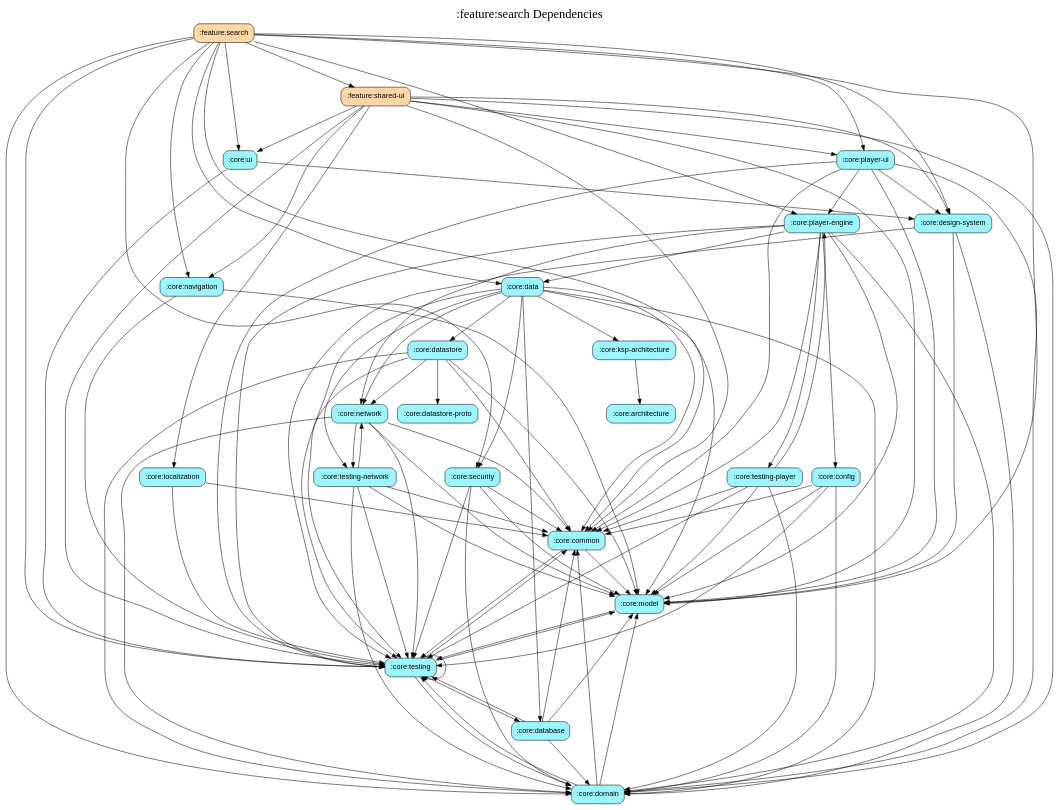
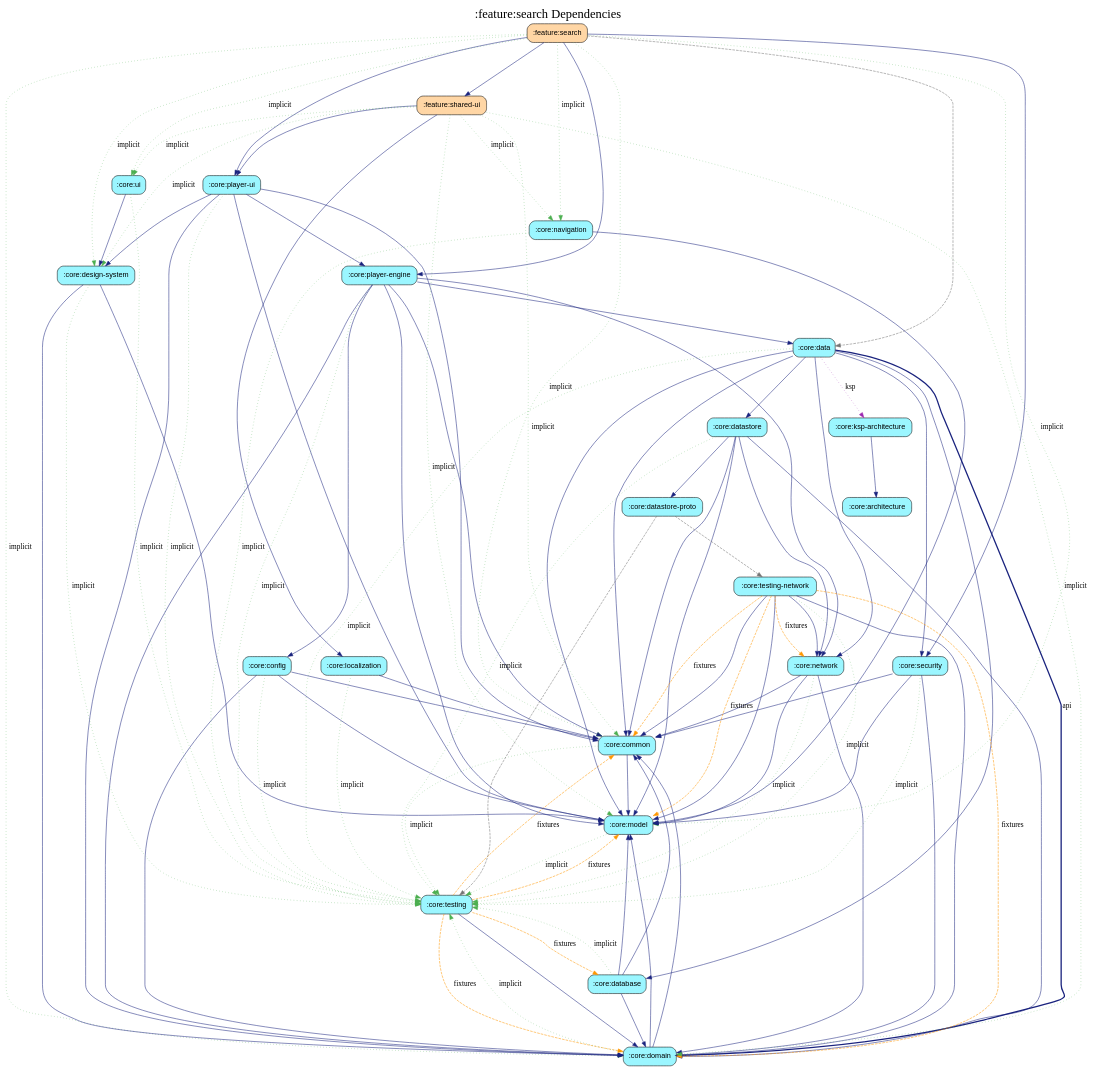
The diagram in feature/search/module_graph.gv (harrykibet/RealEstateApp-Android), drawn with Graphviz before and after one commit. The commit also changed 91 other files, not shown here.

```diff
--- a/feature/search/module_graph.gv
+++ b/feature/search/module_graph.gv
@@ -1,126 +1,121 @@
 digraph {
-  graph [label=":feature:search Dependencies", labelloc=t, fontsize=24, ranksep=1.2];
+  graph [label=":feature:search Dependencies", labelloc=t, fontsize=24, ranksep=1.4];
   node [style=filled, fillcolor="#bbdefb", fontname="sans-serif", shape=box, style="rounded,filled"];
   ":feature:search" [fillcolor="#FFD6A5"];
   ":core:security" [fillcolor="#9BF6FF"];
   ":core:common" [fillcolor="#9BF6FF"];
   ":core:model" [fillcolor="#9BF6FF"];
   ":core:testing" [fillcolor="#9BF6FF"];
   ":core:domain" [fillcolor="#9BF6FF"];
   ":core:database" [fillcolor="#9BF6FF"];
   ":core:player-ui" [fillcolor="#9BF6FF"];
   ":core:player-engine" [fillcolor="#9BF6FF"];
   ":core:data" [fillcolor="#9BF6FF"];
+  ":core:datastore" [fillcolor="#9BF6FF"];
+  ":core:network" [fillcolor="#9BF6FF"];
+  ":core:datastore-proto" [fillcolor="#9BF6FF"];
+  ":core:testing-network" [fillcolor="#9BF6FF"];
   ":core:ksp-architecture" [fillcolor="#9BF6FF"];
   ":core:architecture" [fillcolor="#9BF6FF"];
-  ":core:datastore" [fillcolor="#9BF6FF"];
-  ":core:network" [fillcolor="#9BF6FF"];
-  ":core:testing-network" [fillcolor="#9BF6FF"];
-  ":core:datastore-proto" [fillcolor="#9BF6FF"];
   ":core:config" [fillcolor="#9BF6FF"];
-  ":core:testing-player" [fillcolor="#9BF6FF"];
   ":core:design-system" [fillcolor="#9BF6FF"];
   ":feature:shared-ui" [fillcolor="#FFD6A5"];
   ":core:localization" [fillcolor="#9BF6FF"];
   ":core:ui" [fillcolor="#9BF6FF"];
   ":core:navigation" [fillcolor="#9BF6FF"];
-  ":core:network" -> ":core:common"
-  ":core:network" -> ":core:domain"
-  ":core:network" -> ":core:model"
-  ":core:network" -> ":core:testing-network"
-  ":core:network" -> ":core:testing"
-  ":core:ui" -> ":core:design-system"
-  ":core:ui" -> ":core:testing"
-  ":core:common" -> ":core:model"
-  ":core:common" -> ":core:testing"
-  ":core:navigation" -> ":core:model"
-  ":core:navigation" -> ":core:testing"
-  ":core:localization" -> ":core:common"
-  ":core:localization" -> ":core:testing"
-  ":core:config" -> ":core:model"
-  ":core:config" -> ":core:common"
-  ":core:config" -> ":core:domain"
-  ":core:config" -> ":core:testing"
-  ":core:data" -> ":core:ksp-architecture"
-  ":core:data" -> ":core:model"
-  ":core:data" -> ":core:domain"
-  ":core:data" -> ":core:datastore"
-  ":core:data" -> ":core:common"
-  ":core:data" -> ":core:database"
-  ":core:data" -> ":core:security"
-  ":core:data" -> ":core:network"
-  ":core:data" -> ":core:testing-network"
-  ":core:data" -> ":core:testing"
-  ":core:domain" -> ":core:model"
-  ":core:domain" -> ":core:common"
-  ":core:domain" -> ":core:testing"
-  ":core:model" -> ":core:testing"
-  ":core:database" -> ":core:model"
-  ":core:database" -> ":core:domain"
-  ":core:database" -> ":core:common"
-  ":core:database" -> ":core:testing"
-  ":core:security" -> ":core:common"
-  ":core:security" -> ":core:domain"
-  ":core:security" -> ":core:model"
-  ":core:security" -> ":core:testing"
-  ":core:datastore" -> ":core:model"
-  ":core:datastore" -> ":core:domain"
-  ":core:datastore" -> ":core:common"
-  ":core:datastore" -> ":core:network"
-  ":core:datastore" -> ":core:datastore-proto"
-  ":core:datastore" -> ":core:testing"
-  ":core:player-engine" -> ":core:data"
-  ":core:player-engine" -> ":core:domain"
-  ":core:player-engine" -> ":core:config"
-  ":core:player-engine" -> ":core:common"
-  ":core:player-engine" -> ":core:model"
-  ":core:player-engine" -> ":core:network"
-  ":core:player-engine" -> ":core:testing-player"
-  ":core:player-engine" -> ":core:testing"
-  ":core:player-ui" -> ":core:player-engine"
-  ":core:player-ui" -> ":core:domain"
-  ":core:player-ui" -> ":core:model"
-  ":core:player-ui" -> ":core:design-system"
-  ":core:player-ui" -> ":core:common"
-  ":core:player-ui" -> ":core:testing"
-  ":core:design-system" -> ":core:model"
-  ":core:design-system" -> ":core:domain"
-  ":core:design-system" -> ":core:testing"
-  ":core:testing" -> ":core:domain"
-  ":core:testing" -> ":core:model"
-  ":core:testing" -> ":core:common"
-  ":core:testing" -> ":core:database"
-  ":core:testing" -> ":core:testing"
-  ":core:ksp-architecture" -> ":core:architecture"
-  ":core:testing-network" -> ":core:network"
-  ":core:testing-network" -> ":core:domain"
-  ":core:testing-network" -> ":core:model"
-  ":core:testing-network" -> ":core:common"
-  ":core:testing-network" -> ":core:testing"
-  ":core:testing-player" -> ":core:player-engine"
-  ":core:testing-player" -> ":core:domain"
-  ":core:testing-player" -> ":core:model"
-  ":core:testing-player" -> ":core:common"
-  ":core:testing-player" -> ":core:testing"
-  ":feature:search" -> ":core:security"
-  ":feature:search" -> ":core:player-ui"
-  ":feature:search" -> ":core:player-engine"
-  ":feature:search" -> ":feature:shared-ui"
-  ":feature:search" -> ":core:data"
-  ":feature:search" -> ":core:ui"
-  ":feature:search" -> ":core:common"
-  ":feature:search" -> ":core:domain"
-  ":feature:search" -> ":core:navigation"
-  ":feature:search" -> ":core:model"
-  ":feature:search" -> ":core:design-system"
-  ":feature:search" -> ":core:testing"
-  ":feature:shared-ui" -> ":core:player-ui"
-  ":feature:shared-ui" -> ":core:localization"
-  ":feature:shared-ui" -> ":core:ui"
-  ":feature:shared-ui" -> ":core:common"
-  ":feature:shared-ui" -> ":core:domain"
-  ":feature:shared-ui" -> ":core:navigation"
-  ":feature:shared-ui" -> ":core:model"
-  ":feature:shared-ui" -> ":core:design-system"
-  ":feature:shared-ui" -> ":core:testing"
+  ":core:network" -> ":core:common" [color="#1A237E", style=solid]
+  ":core:network" -> ":core:domain" [color="#1A237E", style=solid]
+  ":core:network" -> ":core:model" [color="#1A237E", style=solid]
+  ":core:network" -> ":core:testing" [color="#4CAF50", style=dotted, label="implicit"]
+  ":core:ui" -> ":core:design-system" [color="#1A237E", style=solid]
+  ":core:ui" -> ":core:testing" [color="#4CAF50", style=dotted, label="implicit"]
+  ":core:common" -> ":core:model" [color="#1A237E", style=solid]
+  ":core:common" -> ":core:testing" [color="#4CAF50", style=dotted, label="implicit"]
+  ":core:navigation" -> ":core:model" [color="#1A237E", style=solid]
+  ":core:navigation" -> ":core:testing" [color="#4CAF50", style=dotted, label="implicit"]
+  ":core:localization" -> ":core:common" [color="#1A237E", style=solid]
+  ":core:localization" -> ":core:testing" [color="#4CAF50", style=dotted, label="implicit"]
+  ":core:config" -> ":core:model" [color="#1A237E", style=solid]
+  ":core:config" -> ":core:common" [color="#1A237E", style=solid]
+  ":core:config" -> ":core:domain" [color="#1A237E", style=solid]
+  ":core:config" -> ":core:testing" [color="#4CAF50", style=dotted, label="implicit"]
+  ":core:data" -> ":core:domain" [color="#1A237E", penwidth=2.5, label="api"]
+  ":core:data" -> ":core:model" [color="#1A237E", style=solid]
+  ":core:data" -> ":core:datastore" [color="#1A237E", style=solid]
+  ":core:data" -> ":core:common" [color="#1A237E", style=solid]
+  ":core:data" -> ":core:database" [color="#1A237E", style=solid]
+  ":core:data" -> ":core:security" [color="#1A237E", style=solid]
+  ":core:data" -> ":core:network" [color="#1A237E", style=solid]
+  ":core:data" -> ":core:ksp-architecture" [color="#9C27B0", style=dotted, label="ksp"]
+  ":core:data" -> ":core:testing" [color="#4CAF50", style=dotted, label="implicit"]
+  ":core:domain" -> ":core:model" [color="#1A237E", style=solid]
+  ":core:domain" -> ":core:common" [color="#1A237E", style=solid]
+  ":core:domain" -> ":core:testing" [color="#4CAF50", style=dotted, label="implicit"]
+  ":core:model" -> ":core:testing" [color="#4CAF50", style=dotted, label="implicit"]
+  ":core:database" -> ":core:model" [color="#1A237E", style=solid]
+  ":core:database" -> ":core:domain" [color="#1A237E", style=solid]
+  ":core:database" -> ":core:common" [color="#1A237E", style=solid]
+  ":core:database" -> ":core:testing" [color="#4CAF50", style=dotted, label="implicit"]
+  ":core:security" -> ":core:common" [color="#1A237E", style=solid]
+  ":core:security" -> ":core:domain" [color="#1A237E", style=solid]
+  ":core:security" -> ":core:model" [color="#1A237E", style=solid]
+  ":core:security" -> ":core:testing" [color="#4CAF50", style=dotted, label="implicit"]
+  ":core:datastore" -> ":core:model" [color="#1A237E", style=solid]
+  ":core:datastore" -> ":core:domain" [color="#1A237E", style=solid]
+  ":core:datastore" -> ":core:common" [color="#1A237E", style=solid]
+  ":core:datastore" -> ":core:network" [color="#1A237E", style=solid]
+  ":core:datastore" -> ":core:datastore-proto" [color="#1A237E", style=solid]
+  ":core:datastore" -> ":core:testing" [color="#4CAF50", style=dotted, label="implicit"]
+  ":core:player-engine" -> ":core:data" [color="#1A237E", style=solid]
+  ":core:player-engine" -> ":core:domain" [color="#1A237E", style=solid]
+  ":core:player-engine" -> ":core:config" [color="#1A237E", style=solid]
+  ":core:player-engine" -> ":core:common" [color="#1A237E", style=solid]
+  ":core:player-engine" -> ":core:model" [color="#1A237E", style=solid]
+  ":core:player-engine" -> ":core:network" [color="#1A237E", style=solid]
+  ":core:player-engine" -> ":core:testing" [color="#4CAF50", style=dotted, label="implicit"]
+  ":core:player-ui" -> ":core:player-engine" [color="#1A237E", style=solid]
+  ":core:player-ui" -> ":core:domain" [color="#1A237E", style=solid]
+  ":core:player-ui" -> ":core:model" [color="#1A237E", style=solid]
+  ":core:player-ui" -> ":core:design-system" [color="#1A237E", style=solid]
+  ":core:player-ui" -> ":core:common" [color="#1A237E", style=solid]
+  ":core:player-ui" -> ":core:testing" [color="#4CAF50", style=dotted, label="implicit"]
+  ":core:design-system" -> ":core:model" [color="#1A237E", style=solid]
+  ":core:design-system" -> ":core:domain" [color="#1A237E", style=solid]
+  ":core:design-system" -> ":core:testing" [color="#4CAF50", style=dotted, label="implicit"]
+  ":core:testing" -> ":core:domain" [color="#1A237E", style=solid]
+  ":core:testing" -> ":core:model" [color="#FF9800", style=dashed, label="fixtures"]
+  ":core:testing" -> ":core:common" [color="#FF9800", style=dashed, label="fixtures"]
+  ":core:testing" -> ":core:domain" [color="#FF9800", style=dashed, label="fixtures"]
+  ":core:testing" -> ":core:database" [color="#FF9800", style=dashed, label="fixtures"]
+  ":core:ksp-architecture" -> ":core:architecture" [color="#1A237E", style=solid]
+  ":core:testing-network" -> ":core:network" [color="#1A237E", style=solid]
+  ":core:testing-network" -> ":core:domain" [color="#1A237E", style=solid]
+  ":core:testing-network" -> ":core:model" [color="#1A237E", style=solid]
+  ":core:testing-network" -> ":core:common" [color="#1A237E", style=solid]
+  ":core:testing-network" -> ":core:network" [color="#FF9800", style=dashed, label="fixtures"]
+  ":core:testing-network" -> ":core:domain" [color="#FF9800", style=dashed, label="fixtures"]
+  ":core:testing-network" -> ":core:model" [color="#FF9800", style=dashed, label="fixtures"]
+  ":core:testing-network" -> ":core:common" [color="#FF9800", style=dashed, label="fixtures"]
+  ":core:testing-network" -> ":core:testing" [color="#4CAF50", style=dotted, label="implicit"]
+  ":core:datastore-proto" -> ":core:testing" [color="#757575", style=dashed]
+  ":core:datastore-proto" -> ":core:testing-network" [color="#757575", style=dashed]
+  ":feature:search" -> ":core:security" [color="#1A237E", style=solid]
+  ":feature:search" -> ":core:player-ui" [color="#1A237E", style=solid]
+  ":feature:search" -> ":core:player-engine" [color="#1A237E", style=solid]
+  ":feature:search" -> ":feature:shared-ui" [color="#1A237E", style=solid]
+  ":feature:search" -> ":core:data" [color="#757575", style=dashed]
+  ":feature:search" -> ":core:ui" [color="#4CAF50", style=dotted, label="implicit"]
+  ":feature:search" -> ":core:common" [color="#4CAF50", style=dotted, label="implicit"]
+  ":feature:search" -> ":core:domain" [color="#4CAF50", style=dotted, label="implicit"]
+  ":feature:search" -> ":core:navigation" [color="#4CAF50", style=dotted, label="implicit"]
+  ":feature:search" -> ":core:model" [color="#4CAF50", style=dotted, label="implicit"]
+  ":feature:search" -> ":core:design-system" [color="#4CAF50", style=dotted, label="implicit"]
+  ":feature:shared-ui" -> ":core:player-ui" [color="#1A237E", style=solid]
+  ":feature:shared-ui" -> ":core:localization" [color="#1A237E", style=solid]
+  ":feature:shared-ui" -> ":core:ui" [color="#4CAF50", style=dotted, label="implicit"]
+  ":feature:shared-ui" -> ":core:common" [color="#4CAF50", style=dotted, label="implicit"]
+  ":feature:shared-ui" -> ":core:domain" [color="#4CAF50", style=dotted, label="implicit"]
+  ":feature:shared-ui" -> ":core:navigation" [color="#4CAF50", style=dotted, label="implicit"]
+  ":feature:shared-ui" -> ":core:model" [color="#4CAF50", style=dotted, label="implicit"]
+  ":feature:shared-ui" -> ":core:design-system" [color="#4CAF50", style=dotted, label="implicit"]
 }
```
